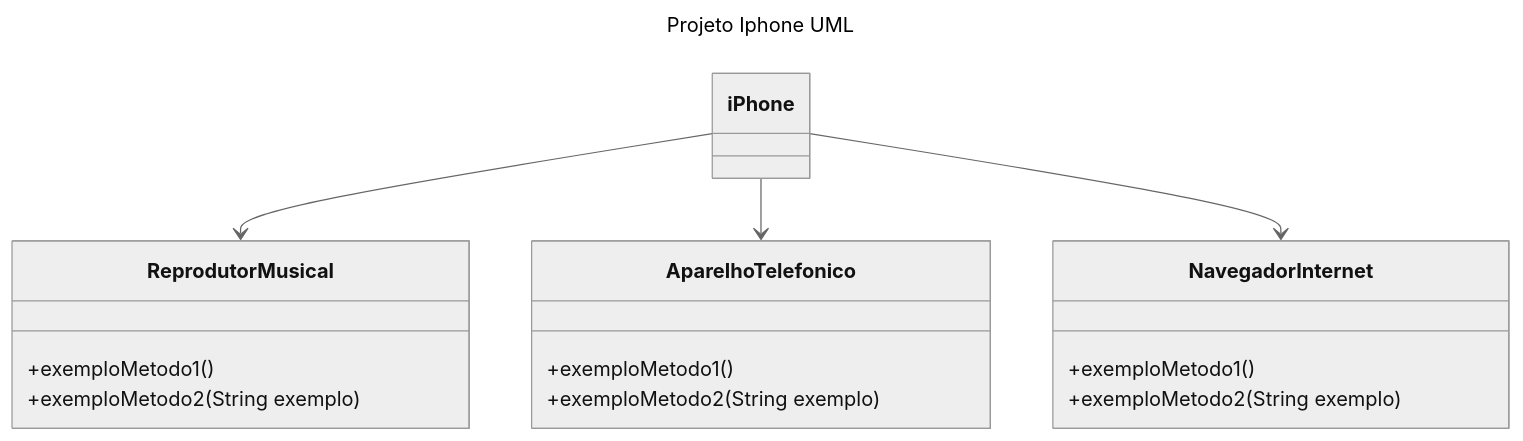
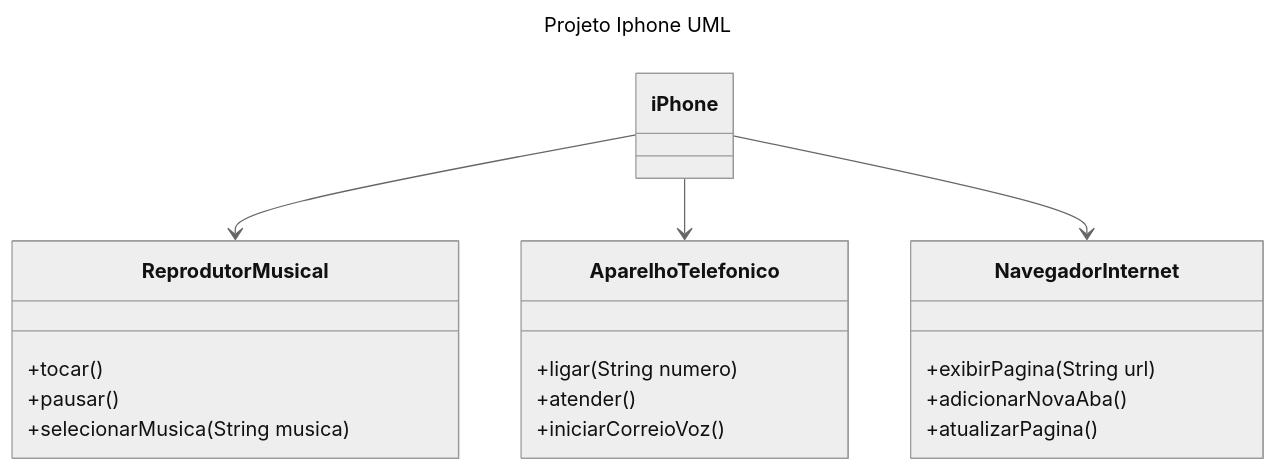
The diagram in README.md (Rafaelbadas/IphoneJava), drawn with Mermaid (neutral theme) before and after one commit.

````diff
--- a/README.md
+++ b/README.md
@@ -4,27 +4,30 @@
 ```mermaid
 ---
 title: Projeto Iphone UML
 ---
 classDiagram
     class ReprodutorMusical {
-        +exemploMetodo1()
-        +exemploMetodo2(String exemplo)
+        +tocar()
+        +pausar()
+        +selecionarMusica(String musica)
     }
 
     class AparelhoTelefonico {
-        +exemploMetodo1()
-        +exemploMetodo2(String exemplo)
+        +ligar(String numero)
+        +atender()
+        +iniciarCorreioVoz()
     }
 
-    class NavegadorInternet {
-        +exemploMetodo1()
-        +exemploMetodo2(String exemplo)
+    class NavegadorInternet {  
+        +exibirPagina(String url)
+        +adicionarNovaAba()
+        +atualizarPagina()
     }
 
     class iPhone {
     }
 
     iPhone --> ReprodutorMusical
     iPhone --> AparelhoTelefonico
     iPhone --> NavegadorInternet
 ```
````
